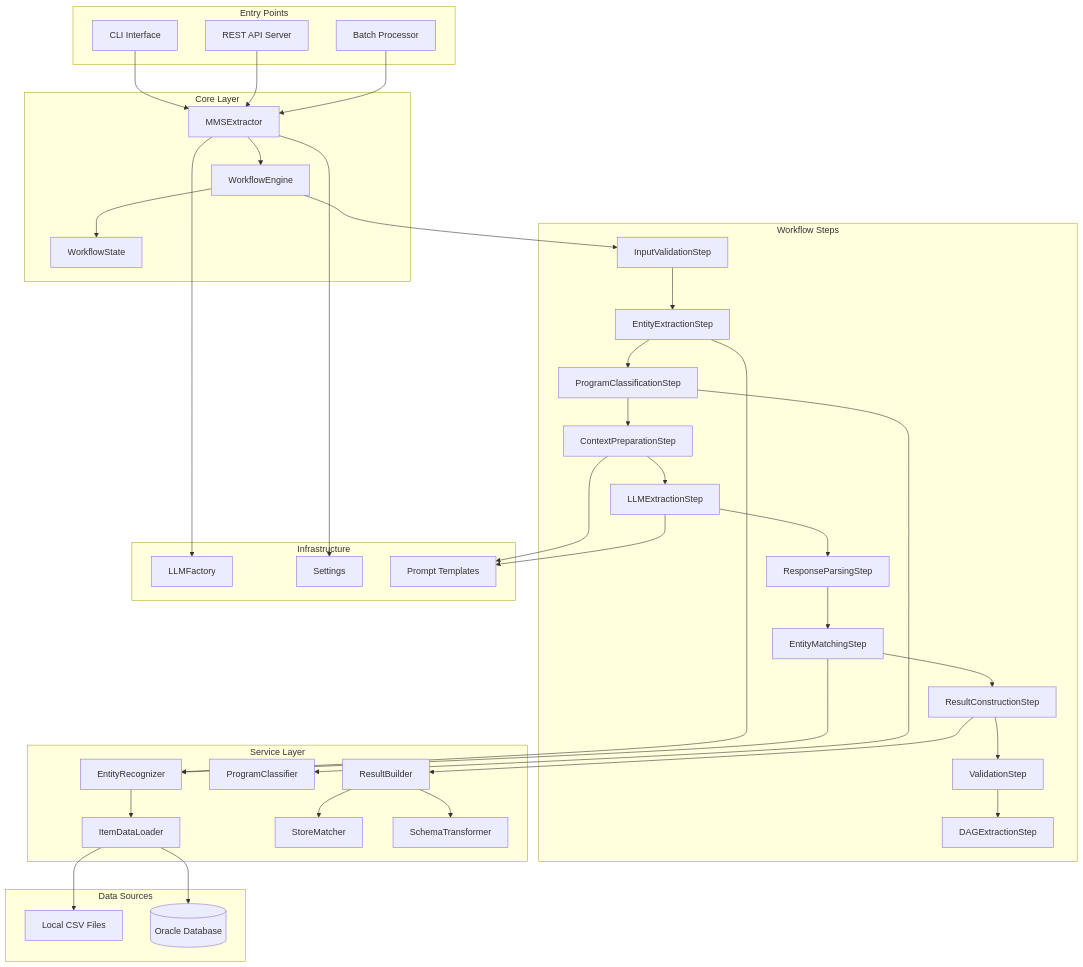
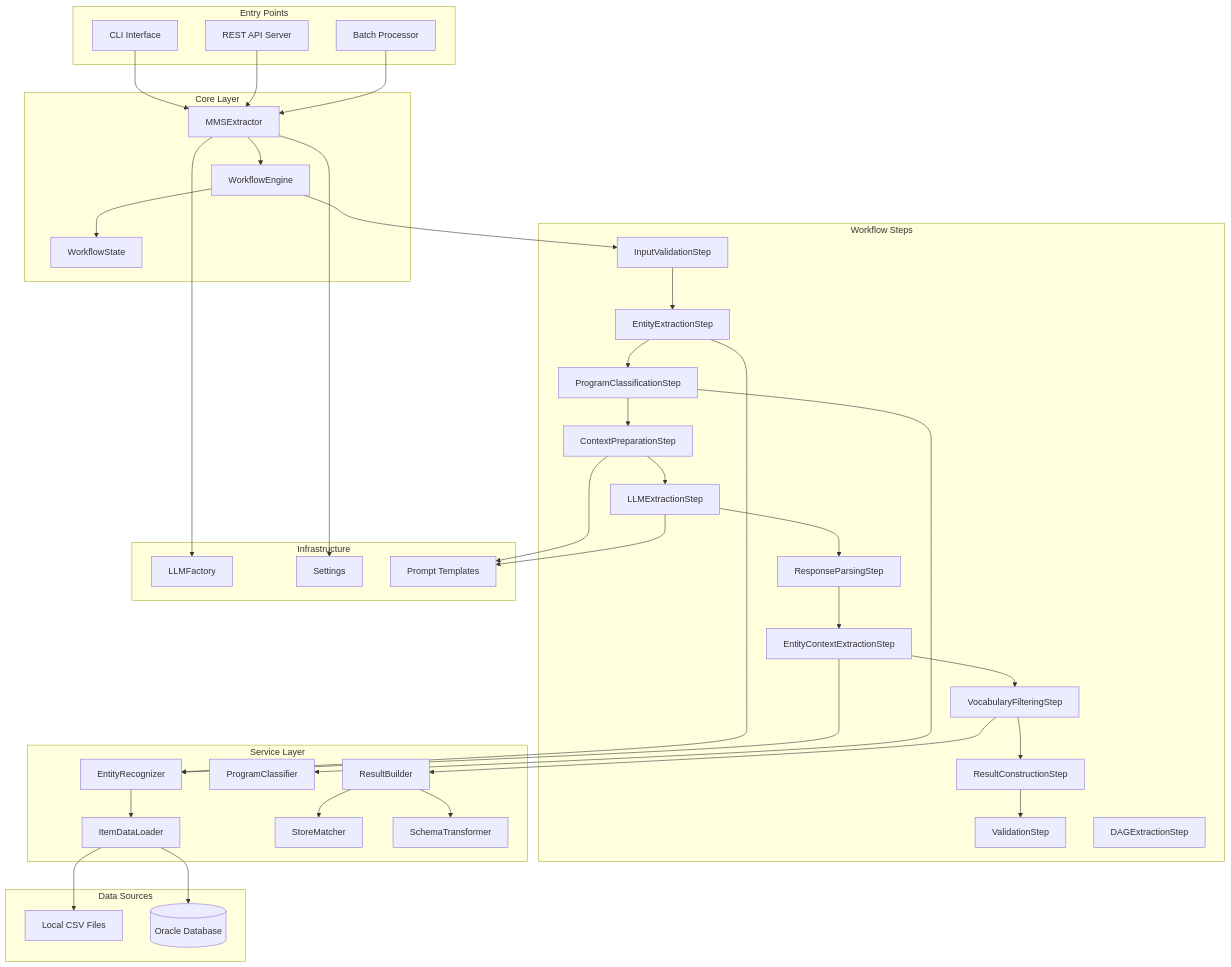
Before and after one commit to yonggoghi/AgenticWorkflow: the first of 4 diagrams in mms_extractor_exp/docs/ARCHITECTURE.md, drawn with Mermaid. The commit also changed other lines of this file and 3 other files, not shown here.

First line of the commit message:
Fix documentation diagrams for 11-step workflow

```diff
--- a/mms_extractor_exp/docs/ARCHITECTURE.md
+++ b/mms_extractor_exp/docs/ARCHITECTURE.md
@@ -49,10 +49,11 @@
         STEP4[ContextPreparationStep]
         STEP5[LLMExtractionStep]
         STEP6[ResponseParsingStep]
-        STEP7[EntityMatchingStep]
-        STEP8[ResultConstructionStep]
-        STEP9[ValidationStep]
-        STEP10[DAGExtractionStep]
+        STEP7[EntityContextExtractionStep]
+        STEP8[VocabularyFilteringStep]
+        STEP9[ResultConstructionStep]
+        STEP10[ValidationStep]
+        STEP11[DAGExtractionStep]
     end
     
     subgraph ServiceLayer["Service Layer"]
```
